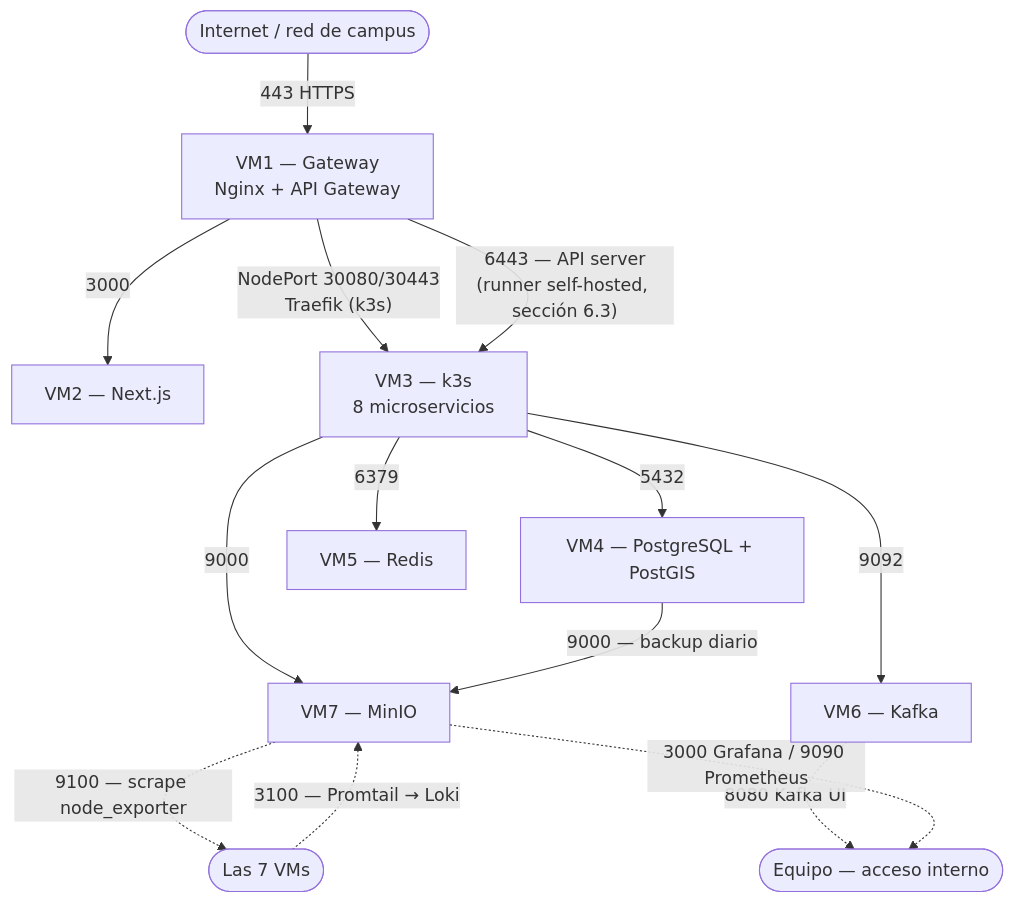
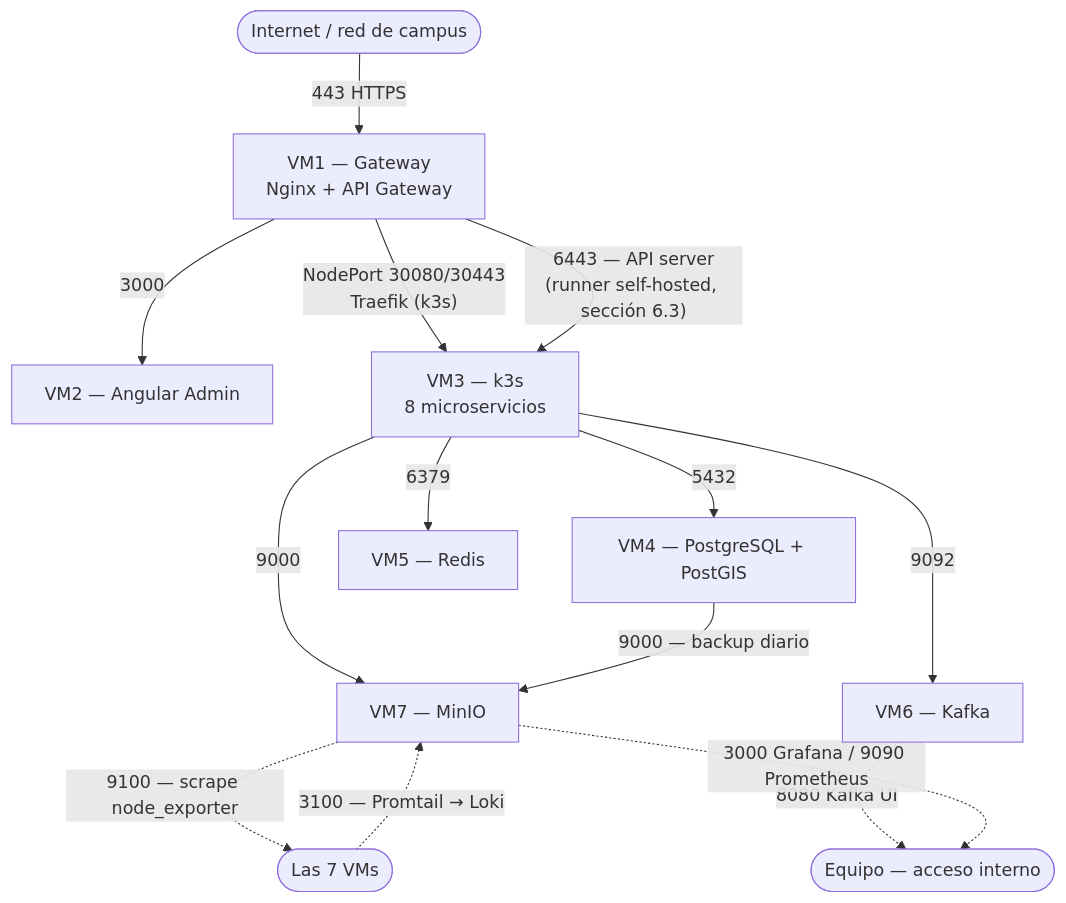
The fifth of 5 diagrams in docs/infrastructure/INFRASTRUCTURE.md (sebas0430/Arquitectura), drawn with Mermaid before and after one commit. The commit also changed other lines of this file and 63 other files, not shown here.

Commit message:
docs(architecture): unificar stack y crear base del monorepo

````diff
--- a/docs/infrastructure/INFRASTRUCTURE.md
+++ b/docs/infrastructure/INFRASTRUCTURE.md
@@ -452,16 +444,16 @@
 ```mermaid
 flowchart TB
     INET(["Internet / red de campus"]) -->|"443 HTTPS"| VM1
-    VM1["VM1 — Gateway<br/>Nginx + API Gateway"] -->|"3000"| VM2["VM2 — Next.js"]
+    VM1["VM1 — Gateway<br/>Nginx + API Gateway"] -->|"3000"| VM2["VM2 — Angular Admin"]
     VM1 -->|"NodePort 30080/30443<br/>Traefik (k3s)"| VM3["VM3 — k3s<br/>8 microservicios"]
     VM1 -->|"6443 — API server<br/>(runner self-hosted, sección 6.3)"| VM3
     VM3 -->|"5432"| VM4["VM4 — PostgreSQL + PostGIS"]
     VM3 -->|"6379"| VM5["VM5 — Redis"]
     VM3 -->|"9092"| VM6["VM6 — Kafka"]
     VM3 -->|"9000"| VM7["VM7 — MinIO"]
     VM4 -->|"9000 — backup diario"| VM7
     VM7 -.->|"9100 — scrape node_exporter"| TODAS(["Las 7 VMs"])
     TODAS -.->|"3100 — Promtail → Loki"| VM7
     VM6 -.->|"8080 Kafka UI"| EQ(["Equipo — acceso interno"])
     VM7 -.->|"3000 Grafana / 9090 Prometheus"| EQ
 ```
````
